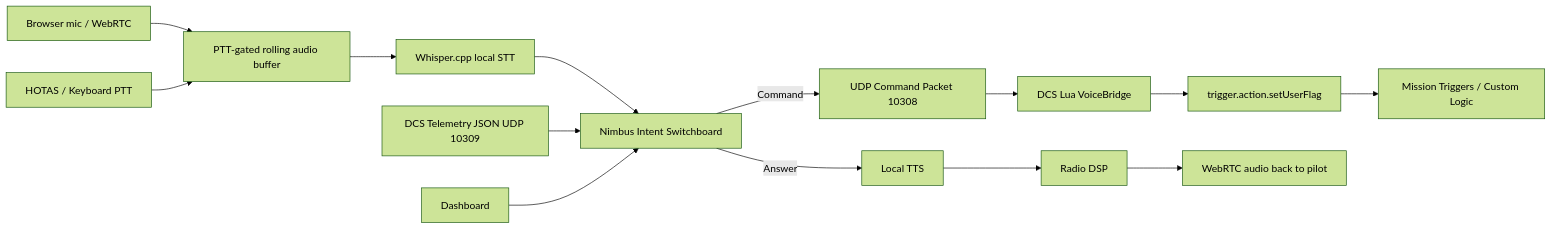
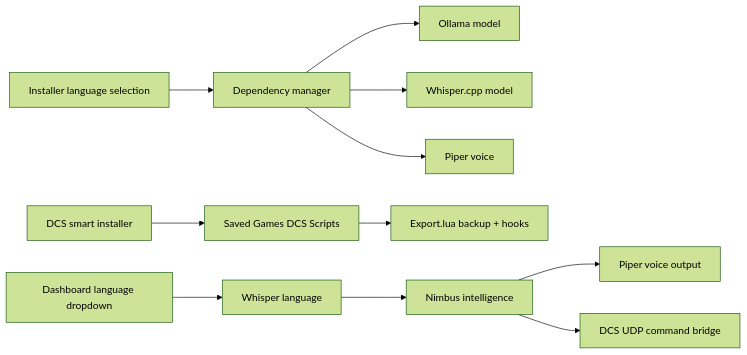
One commit to sharRahul/voice-comms-dcs changed the diagram in README.md. Above: the diagram before and after it, drawn with Mermaid (forest theme). The commit also changed other lines of this file, not shown here.

Commit message:
Rewrite README as Phase 4 global user manual

````diff
--- a/README.md
+++ b/README.md
@@ -5,16 +5,13 @@
 ```mermaid
 flowchart LR
-    A[Browser mic / WebRTC] --> B[PTT-gated rolling audio buffer]
-    B --> C[Whisper.cpp local STT]
-    C --> D[Nimbus Intent Switchboard]
-    T[DCS Telemetry JSON UDP 10309] --> D
-    D -->|Command| E[UDP Command Packet 10308]
-    E --> F[DCS Lua VoiceBridge]
-    F --> G[trigger.action.setUserFlag]
-    G --> H[Mission Triggers / Custom Logic]
-    D -->|Answer| I[Local TTS]
-    I --> J[Radio DSP]
-    J --> K[WebRTC audio back to pilot]
-    L[HOTAS / Keyboard PTT] --> B
-    M[Dashboard] --> D
+    A[Installer language selection] --> B[Dependency manager]
+    B --> C[Ollama model]
+    B --> D[Whisper.cpp model]
+    B --> E[Piper voice]
+    F[DCS smart installer] --> G[Saved Games DCS Scripts]
+    G --> H[Export.lua backup + hooks]
+    I[Dashboard language dropdown] --> J[Whisper language]
+    J --> K[Nimbus intelligence]
+    K --> L[Piper voice output]
+    K --> M[DCS UDP command bridge]
 ```
````
